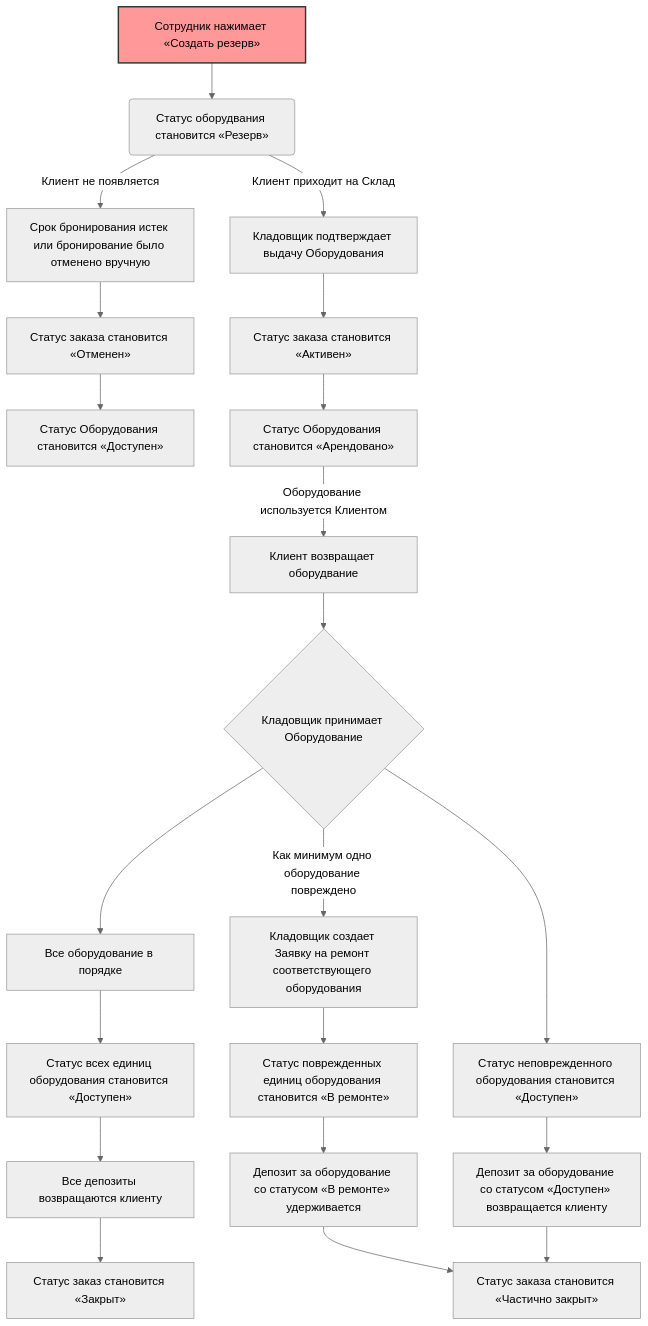
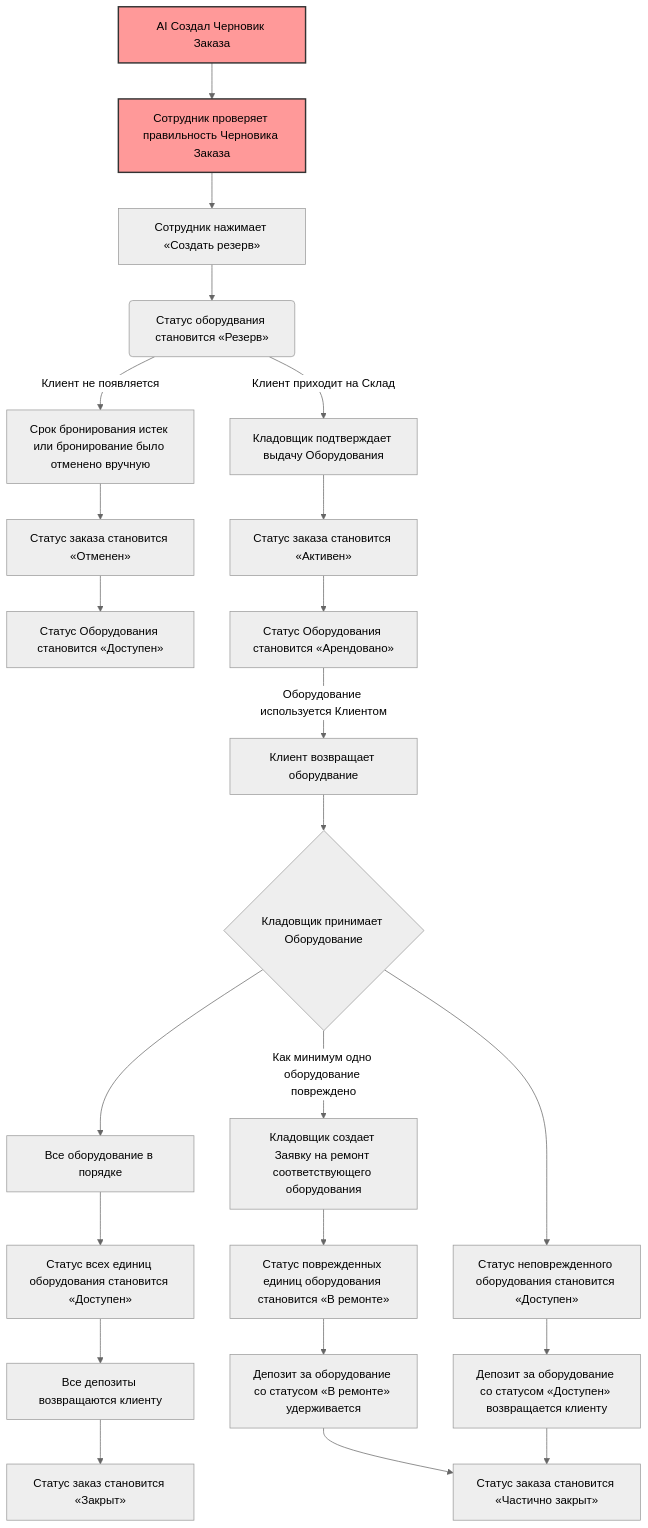
One commit to Diamko94/rentals1 changed the diagram in flowchart4.md. Above: the diagram before and after it, drawn with Mermaid (neutral theme).

````diff
--- a/flowchart4.md
+++ b/flowchart4.md
@@ -1,36 +1,41 @@
 ```mermaid
 flowchart TD
 
  %% Выделение цветом
-    style D1 fill:#ff9999,stroke:#333,stroke-width:2px
+    style D0 fill:#ff9999,stroke:#333,stroke-width:2px
+    style D00 fill:#ff9999,stroke:#333,stroke-width:2px
+
   
 
     %% Подтверждение
-    D1[Сотрудник нажимает «Создать резерв»]
+    D0[AI Создал Черновик Заказа]
+    D0 --> D00[Сотрудник проверяет правильность Черновика Заказа]
+
+    D00 --> D1[Сотрудник нажимает «Создать резерв»]
     D1 --> B(Статус оборудвания становится «Резерв»)
 
     %% Выдача
     B --> |Клиент приходит на Склад| I[Кладовщик подтверждает выдачу Оборудования]
     B --> |Клиент не появляется| E[Срок бронирования истек или бронирование было отменено вручную]
     E --> F[Статус заказа становится «Отменен»]
     I --> J[Статус заказа становится «Активен»]
     F --> C[Статус Оборудования становится «Доступен»]
     J --> X[Статус Оборудования становится «Арендовано»]
 
     %% Возврат
     X --> |Оборудование используется Клиентом| K[Клиент возвращает оборудвание]
     K --> L{Кладовщик принимает Оборудование}
     L --> M[Все оборудование в порядке] 
     M --> N[Статус всех единиц оборудования становится «Доступен»]
     L --> |Как минимум одно оборудование повреждено| P[Кладовщик создает Заявку на ремонт соответствующего оборудования]
     P --> R[Статус поврежденных единиц оборудования становится «В ремонте»]
     L --> T[Статус неповрежденного оборудования становится «Доступен»]
 
     %% Расчет
     N --> Q[Все депозиты возвращаются клиенту]
     Q --> V[Статус заказ становится «Закрыт»]
     R --> S[Депозит за оборудование со статусом «В ремонте» удерживается]
     T --> U[Депозит за оборудование со статусом «Доступен» возвращается клиенту]
     S --> W[Статус заказа становится «Частично закрыт»]
     U --> W[Статус заказа становится «Частично закрыт»]
 ```
````
